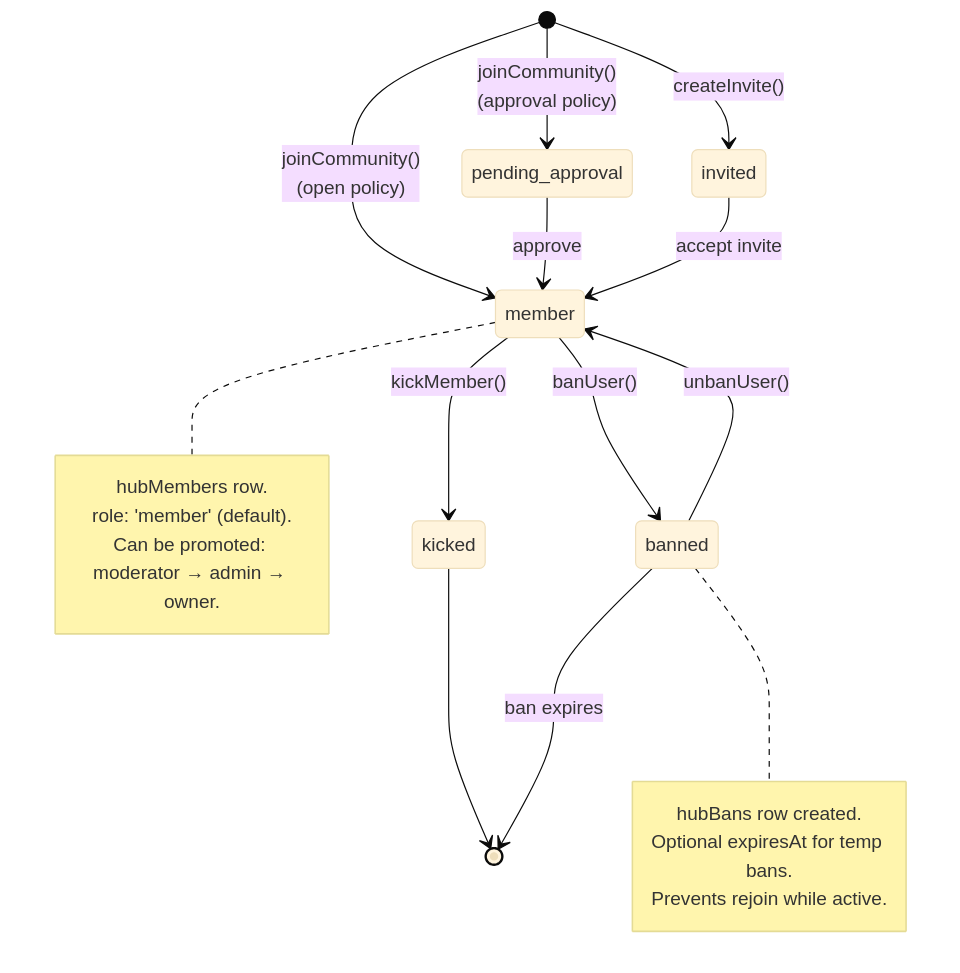
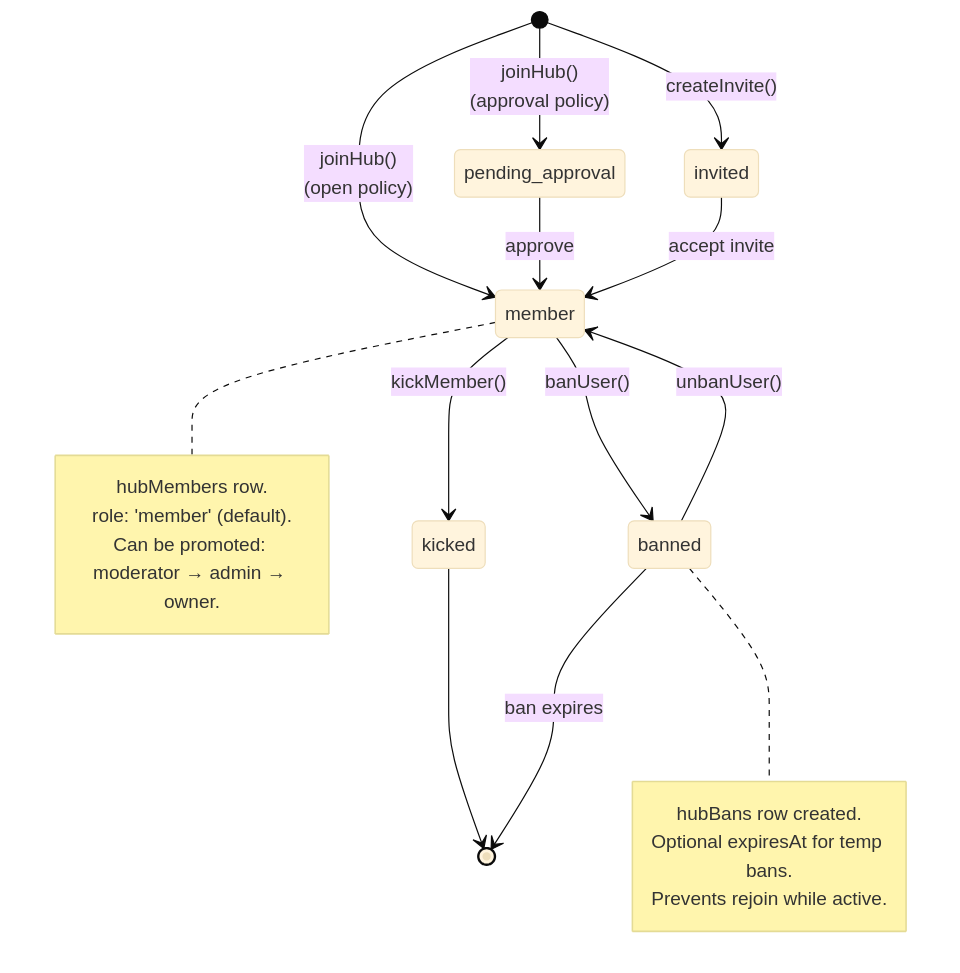
Before and after one commit to snaplify/snaplify: the eighth of 11 diagrams in docs/reference/architecture.md, drawn with Mermaid (base theme). The commit also changed other lines of this file and 639 other files, not shown here.

````diff
--- a/docs/reference/architecture.md
+++ b/docs/reference/architecture.md
@@ -243,25 +245,25 @@
 ```mermaid
 stateDiagram-v2
-    [*] --> member: joinCommunity()<br/>(open policy)
-    [*] --> pending_approval: joinCommunity()<br/>(approval policy)
+    [*] --> member: joinHub()<br/>(open policy)
+    [*] --> pending_approval: joinHub()<br/>(approval policy)
     [*] --> invited: createInvite()
     pending_approval --> member: approve
     invited --> member: accept invite
     member --> kicked: kickMember()
     member --> banned: banUser()
     kicked --> [*]
     banned --> member: unbanUser()
     banned --> [*]: ban expires
 
     note right of member
         hubMembers row.
         role: 'member' (default).
         Can be promoted: moderator → admin → owner.
     end note
 
     note right of banned
         hubBans row created.
         Optional expiresAt for temp bans.
         Prevents rejoin while active.
     end note
 ```
````
